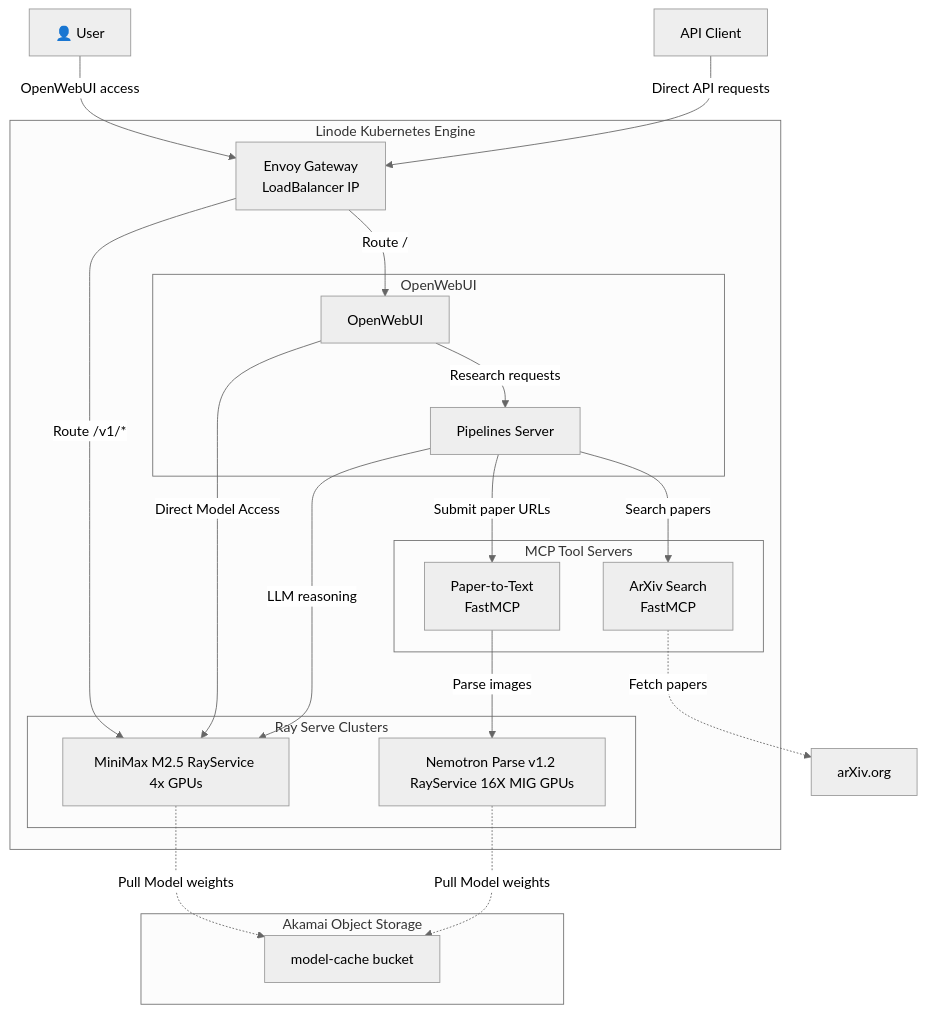
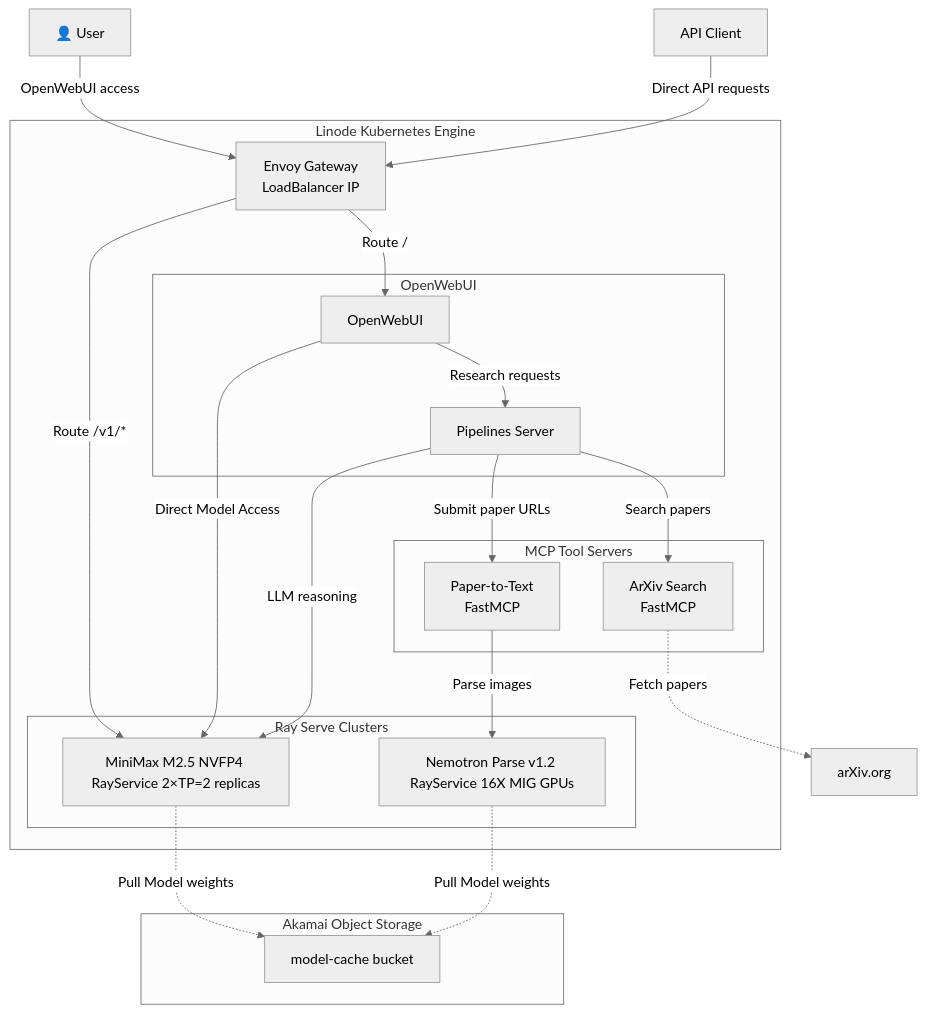
The first of 3 diagrams in README.md (akamai-developers/multimodal-kuberay), drawn with Mermaid (neutral theme) before and after one commit. The commit also changed other lines of this file and 10 other files, not shown here.

````diff
--- a/README.md
+++ b/README.md
@@ -36,46 +37,46 @@
 ```mermaid
 ---
 config:
   flowchart:
 ---
 graph TB
     User["👤 User"]
     API["API Client"]
     subgraph KubernetesCluster["Linode Kubernetes Engine"]
         GW["Envoy Gateway<br/>LoadBalancer IP"]
         
         subgraph OpenWebUI
             WebUI["OpenWebUI"]
             Pipelines["Pipelines Server"]
         end
 
 
         subgraph MCPServers["MCP Tool Servers"]
             ArXiv["ArXiv Search<br/>FastMCP"]
             PaperOCR["Paper-to-Text<br/>FastMCP"]
         end
 
         subgraph Ray["Ray Serve Clusters"]
-            MinimaxService[MiniMax M2.5 RayService 4x GPUs]
+            MinimaxService[MiniMax M2.5 NVFP4 RayService 2×TP=2 replicas]
             NemotronService[Nemotron Parse v1.2 RayService 16X MIG GPUs]
         end
     end
     
     subgraph Storage["Akamai Object Storage"]
         ObjStore["model-cache bucket"]
     end
 
     User -->|OpenWebUI access| GW
     API -->|Direct API requests| GW
     WebUI -->|Research requests| Pipelines
     GW -->|Route /v1/*| MinimaxService
     WebUI -->|Direct Model Access| MinimaxService
     GW -->|Route /| WebUI
     Pipelines -->|Search papers| ArXiv
     Pipelines -->|Submit paper URLs| PaperOCR
     PaperOCR -->|Parse images| NemotronService
     Pipelines -->|LLM reasoning| MinimaxService
     ArXiv -.->|Fetch papers| ExternalArXiv["arXiv.org"]
     MinimaxService -.->|Pull Model weights| ObjStore
     NemotronService -.->|Pull Model weights| ObjStore
 ```
````
